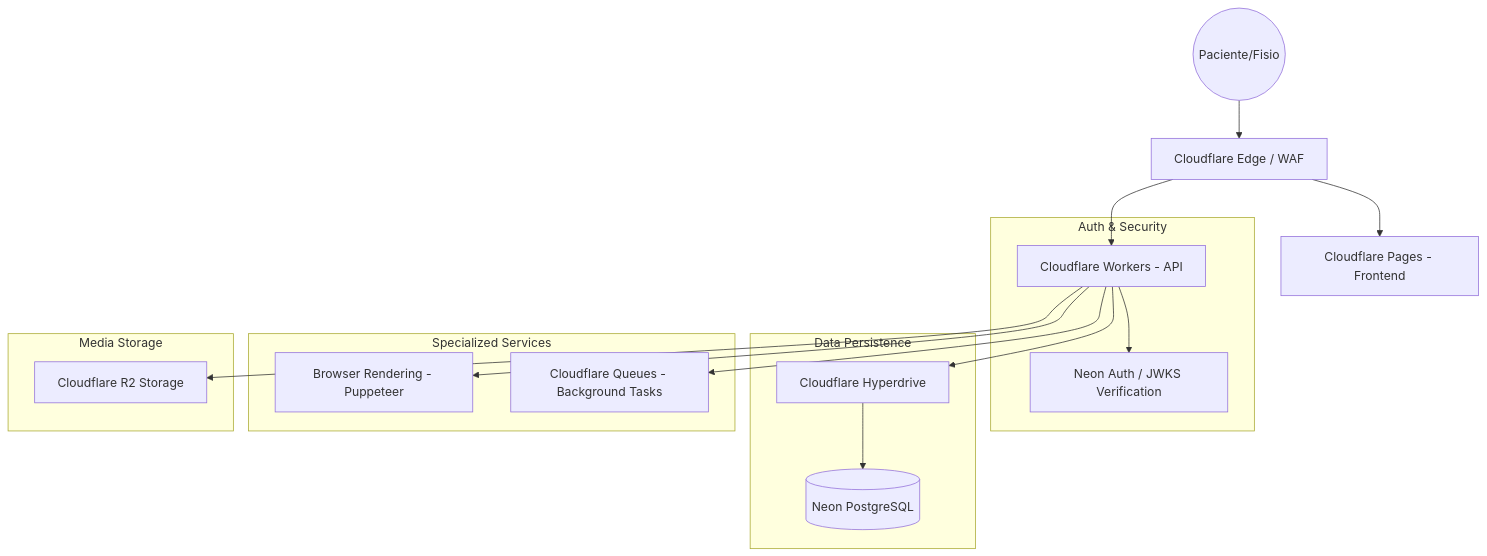
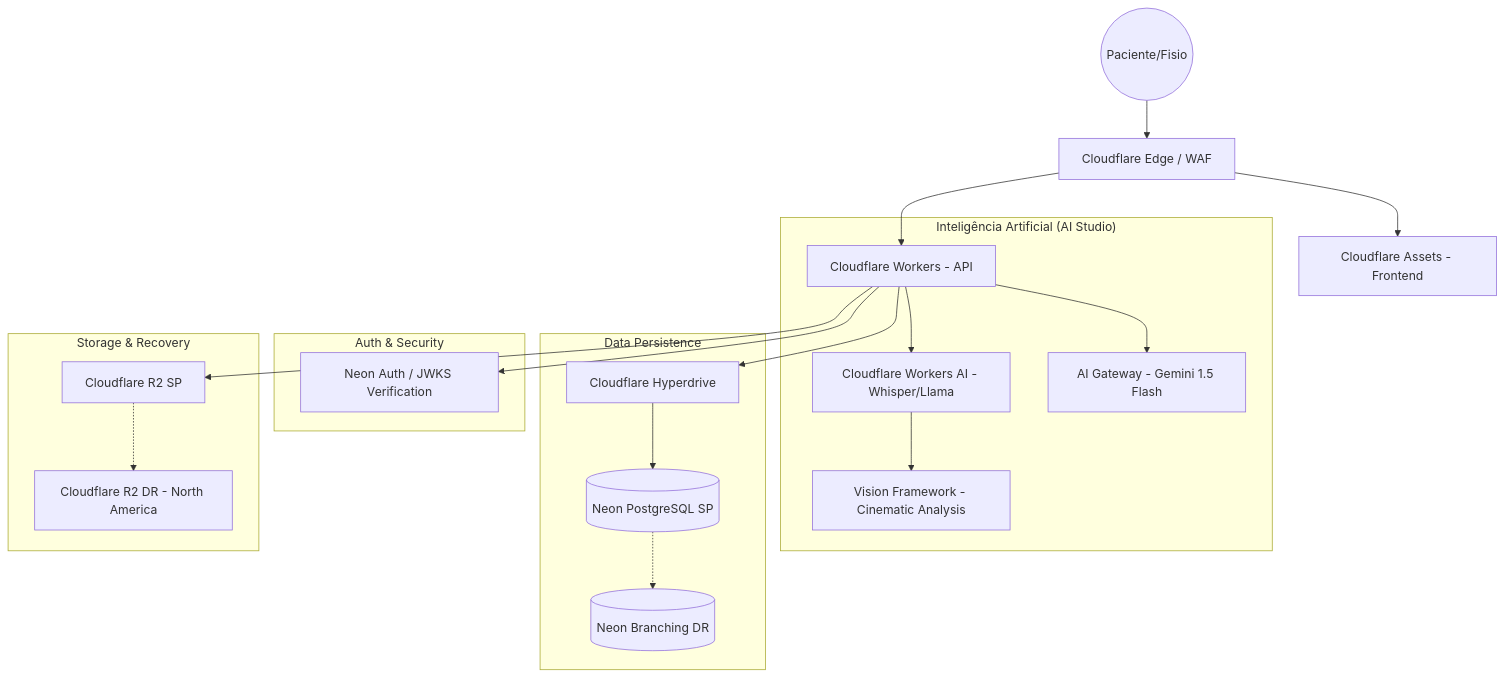
Before and after one commit to rafaelminatto1/fisioflow-51658291: the diagram in ARCHITECTURE.md, drawn with Mermaid. The commit also changed other lines of this file and 15 other files, not shown here.

Commit message:
chore: refine bi metrics, optimize api resilience and update architecture docs

````diff
--- a/ARCHITECTURE.md
+++ b/ARCHITECTURE.md
@@ -21,24 +23,27 @@
 ```mermaid
 graph TD
     User((Paciente/Fisio)) --> CF_Edge[Cloudflare Edge / WAF]
-    CF_Edge --> CF_Pages[Cloudflare Pages - Frontend]
+    CF_Edge --> CF_Assets[Cloudflare Assets - Frontend]
     CF_Edge --> CF_Workers[Cloudflare Workers - API]
+
+    subgraph "Inteligência Artificial (AI Studio)"
+        CF_Workers --> CF_AI[Cloudflare Workers AI - Whisper/Llama]
+        CF_Workers --> AI_Gateway[AI Gateway - Gemini 1.5 Flash]
+        CF_AI --> Vision[Vision Framework - Cinematic Analysis]
+    end
 
     subgraph "Auth & Security"
         CF_Workers --> Neon_Auth[Neon Auth / JWKS Verification]
     end
 
     subgraph "Data Persistence"
         CF_Workers --> CF_Hyperdrive[Cloudflare Hyperdrive]
-        CF_Hyperdrive --> Neon_DB[(Neon PostgreSQL)]
+        CF_Hyperdrive --> Neon_DB[(Neon PostgreSQL SP)]
+        Neon_DB -.-> Neon_DR[(Neon Branching DR)]
     end
 
-    subgraph "Specialized Services"
-        CF_Workers --> CF_Browser[Browser Rendering - Puppeteer]
-        CF_Workers --> CF_Queues[Cloudflare Queues - Background Tasks]
-    end
-
-    subgraph "Media Storage"
-        CF_Workers --> CF_R2[Cloudflare R2 Storage]
+    subgraph "Storage & Recovery"
+        CF_Workers --> CF_R2[Cloudflare R2 SP]
+        CF_R2 -.-> CF_R2_DR[Cloudflare R2 DR - North America]
     end
 ```
````
